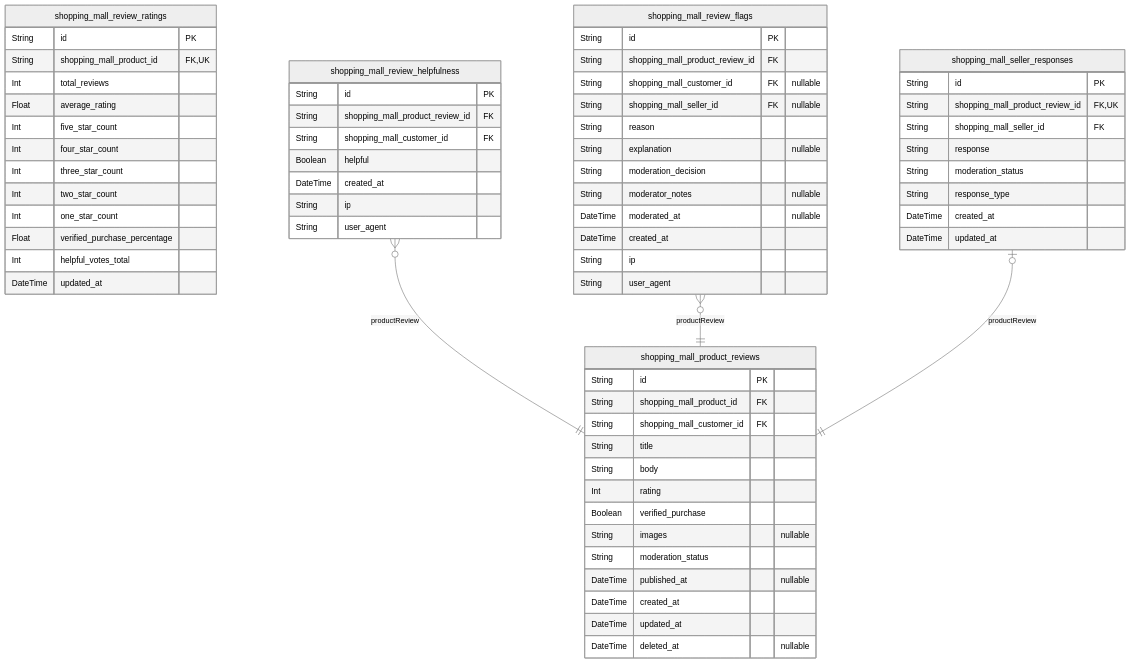
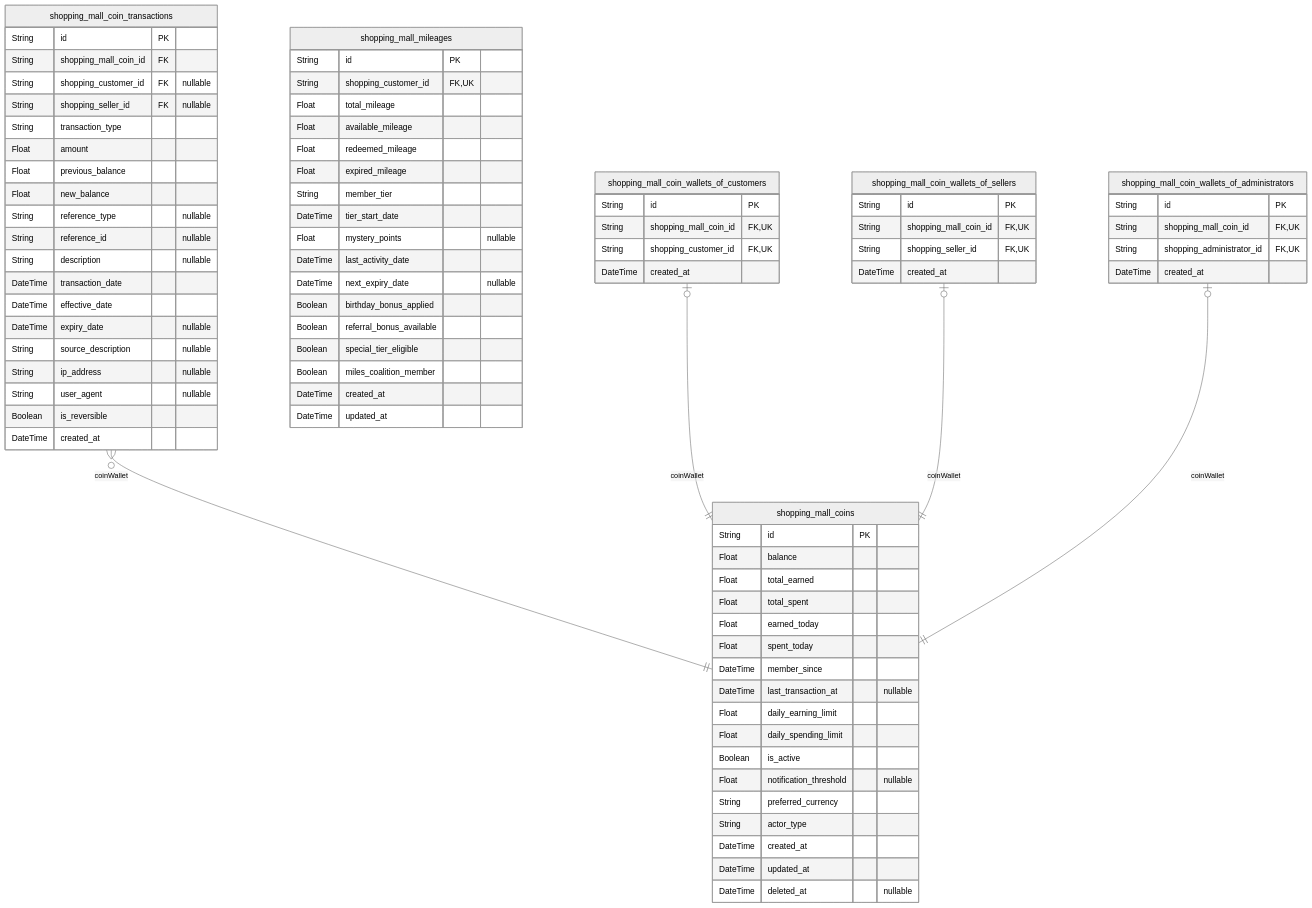
One commit to wrtnlabs/autobe-examples changed the seventh of 10 diagrams in moonshotai/kimi-k2-0905-exacto/shopping/docs/ERD.md. Above: the diagram before and after it, drawn with Mermaid (neutral theme). The commit also changed other lines of this file and 22498 other files, not shown here.

````diff
--- a/moonshotai/kimi-k2-0905-exacto/shopping/docs/ERD.md
+++ b/moonshotai/kimi-k2-0905-exacto/shopping/docs/ERD.md
@@ -1495,68 +1177,84 @@
 ```mermaid
 erDiagram
-"shopping_mall_product_reviews" {
+"shopping_mall_coins" {
   String id PK
-  String shopping_mall_product_id FK
-  String shopping_mall_customer_id FK
-  String title
-  String body
-  Int rating
-  Boolean verified_purchase
-  String images "nullable"
-  String moderation_status
-  DateTime published_at "nullable"
+  Float balance
+  Float total_earned
+  Float total_spent
+  Float earned_today
+  Float spent_today
+  DateTime member_since
+  DateTime last_transaction_at "nullable"
+  Float daily_earning_limit
+  Float daily_spending_limit
+  Boolean is_active
+  Float notification_threshold "nullable"
+  String preferred_currency
+  String actor_type
   DateTime created_at
   DateTime updated_at
   DateTime deleted_at "nullable"
 }
-"shopping_mall_review_ratings" {
+"shopping_mall_coin_transactions" {
   String id PK
-  String shopping_mall_product_id FK,UK
-  Int total_reviews
-  Float average_rating
-  Int five_star_count
-  Int four_star_count
-  Int three_star_count
-  Int two_star_count
-  Int one_star_count
-  Float verified_purchase_percentage
-  Int helpful_votes_total
-  DateTime updated_at
+  String shopping_mall_coin_id FK
+  String shopping_customer_id FK "nullable"
+  String shopping_seller_id FK "nullable"
+  String transaction_type
+  Float amount
+  Float previous_balance
+  Float new_balance
+  String reference_type "nullable"
+  String reference_id "nullable"
+  String description "nullable"
+  DateTime transaction_date
+  DateTime effective_date
+  DateTime expiry_date "nullable"
+  String source_description "nullable"
+  String ip_address "nullable"
+  String user_agent "nullable"
+  Boolean is_reversible
+  DateTime created_at
 }
-"shopping_mall_review_helpfulness" {
+"shopping_mall_mileages" {
   String id PK
-  String shopping_mall_product_review_id FK
-  String shopping_mall_customer_id FK
-  Boolean helpful
-  DateTime created_at
-  String ip
-  String user_agent
-}
-"shopping_mall_review_flags" {
-  String id PK
-  String shopping_mall_product_review_id FK
-  String shopping_mall_customer_id FK "nullable"
-  String shopping_mall_seller_id FK "nullable"
-  String reason
-  String explanation "nullable"
-  String moderation_decision
-  String moderator_notes "nullable"
-  DateTime moderated_at "nullable"
-  DateTime created_at
-  String ip
-  String user_agent
-}
-"shopping_mall_seller_responses" {
-  String id PK
-  String shopping_mall_product_review_id FK,UK
-  String shopping_mall_seller_id FK
-  String response
-  String moderation_status
-  String response_type
+  String shopping_customer_id FK,UK
+  Float total_mileage
+  Float available_mileage
+  Float redeemed_mileage
+  Float expired_mileage
+  String member_tier
+  DateTime tier_start_date
+  Float mystery_points "nullable"
+  DateTime last_activity_date
+  DateTime next_expiry_date "nullable"
+  Boolean birthday_bonus_applied
+  Boolean referral_bonus_available
+  Boolean special_tier_eligible
+  Boolean miles_coalition_member
   DateTime created_at
   DateTime updated_at
 }
-"shopping_mall_review_helpfulness" }o--|| "shopping_mall_product_reviews" : productReview
-"shopping_mall_review_flags" }o--|| "shopping_mall_product_reviews" : productReview
-"shopping_mall_seller_responses" |o--|| "shopping_mall_product_reviews" : productReview
+"shopping_mall_coin_wallets_of_customers" {
+  String id PK
+  String shopping_mall_coin_id FK,UK
+  String shopping_customer_id FK,UK
+  DateTime created_at
+}
+"shopping_mall_coin_wallets_of_sellers" {
+  String id PK
+  String shopping_mall_coin_id FK,UK
+  String shopping_seller_id FK,UK
+  DateTime created_at
+}
+"shopping_mall_coin_wallets_of_administrators" {
+  String id PK
+  String shopping_mall_coin_id FK,UK
+  String shopping_administrator_id FK,UK
+  DateTime created_at
+}
+"shopping_mall_coin_transactions" }o--|| "shopping_mall_coins" : coinWallet
+"shopping_mall_coin_wallets_of_customers" |o--|| "shopping_mall_coins" : coinWallet
+"shopping_mall_coin_wallets_of_sellers" |o--|| "shopping_mall_coins" : coinWallet
+"shopping_mall_coin_wallets_of_administrators" |o--|| "shopping_mall_coins" : coinWallet
 ```
````
